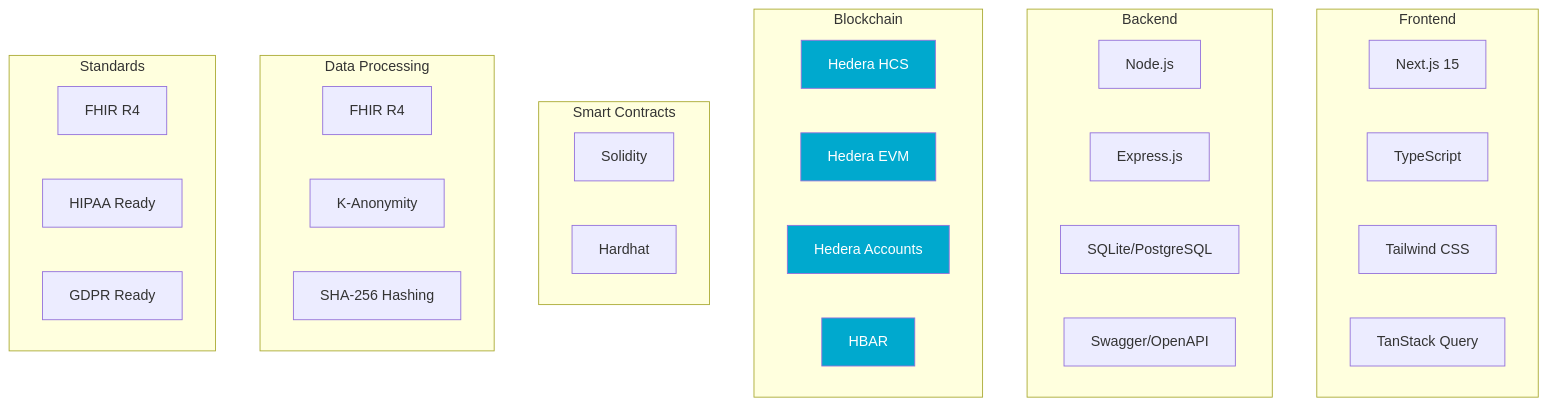
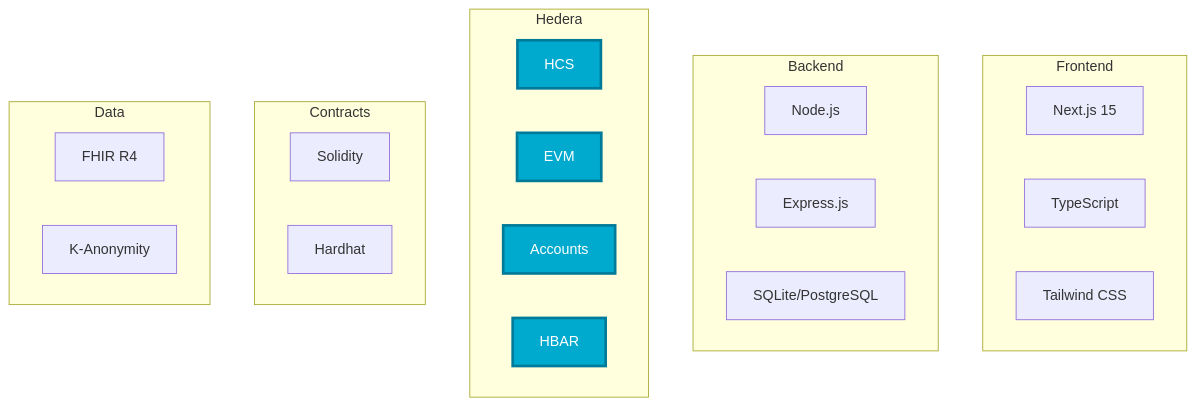
The ninth of 9 diagrams in README.md (najuna-brian/medipact), drawn with Mermaid before and after one commit. The commit also changed other lines of this file, not shown here.

Commit message:
docs: Add prominent Hedera integration section and streamline README

````diff
--- a/README.md
+++ b/README.md
@@ -610,45 +434,36 @@
 ```mermaid
 graph TB
     subgraph "Frontend"
         F1[Next.js 15]
         F2[TypeScript]
         F3[Tailwind CSS]
-        F4[TanStack Query]
     end
     
     subgraph "Backend"
         B1[Node.js]
         B2[Express.js]
         B3[SQLite/PostgreSQL]
-        B4[Swagger/OpenAPI]
     end
     
-    subgraph "Blockchain"
-        BC1[Hedera HCS]
-        BC2[Hedera EVM]
-        BC3[Hedera Accounts]
-        BC4[HBAR]
+    subgraph "Hedera"
+        H1[HCS]
+        H2[EVM]
+        H3[Accounts]
+        H4[HBAR]
     end
     
-    subgraph "Smart Contracts"
-        SC1[Solidity]
-        SC2[Hardhat]
+    subgraph "Contracts"
+        C1[Solidity]
+        C2[Hardhat]
     end
     
-    subgraph "Data Processing"
-        DP1[FHIR R4]
-        DP2[K-Anonymity]
-        DP3[SHA-256 Hashing]
+    subgraph "Data"
+        D1[FHIR R4]
+        D2[K-Anonymity]
     end
     
-    subgraph "Standards"
-        ST1[FHIR R4]
-        ST2[HIPAA Ready]
-        ST3[GDPR Ready]
-    end
-    
-    style BC1 fill:#00A9CE,color:#fff
-    style BC2 fill:#00A9CE,color:#fff
-    style BC3 fill:#00A9CE,color:#fff
-    style BC4 fill:#00A9CE,color:#fff
+    style H1 fill:#00A9CE,color:#fff,stroke:#007A99,stroke-width:3px
+    style H2 fill:#00A9CE,color:#fff,stroke:#007A99,stroke-width:3px
+    style H3 fill:#00A9CE,color:#fff,stroke:#007A99,stroke-width:3px
+    style H4 fill:#00A9CE,color:#fff,stroke:#007A99,stroke-width:3px
 ```
````
